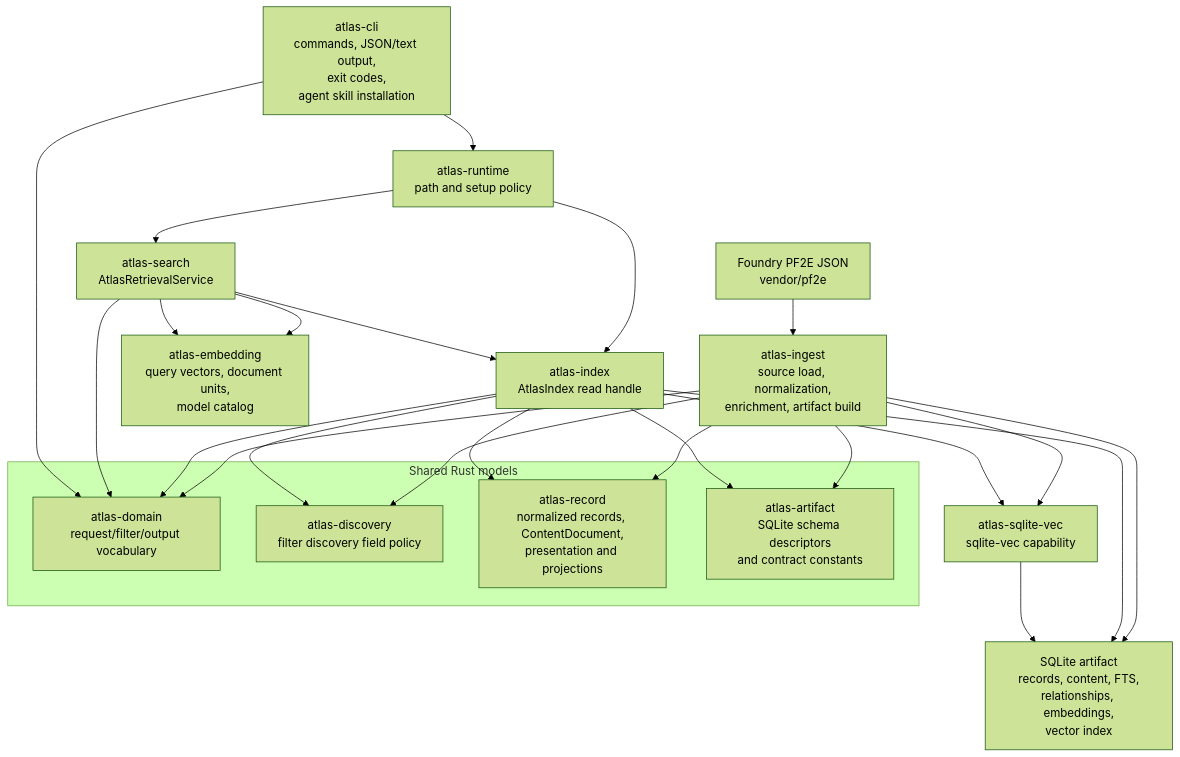
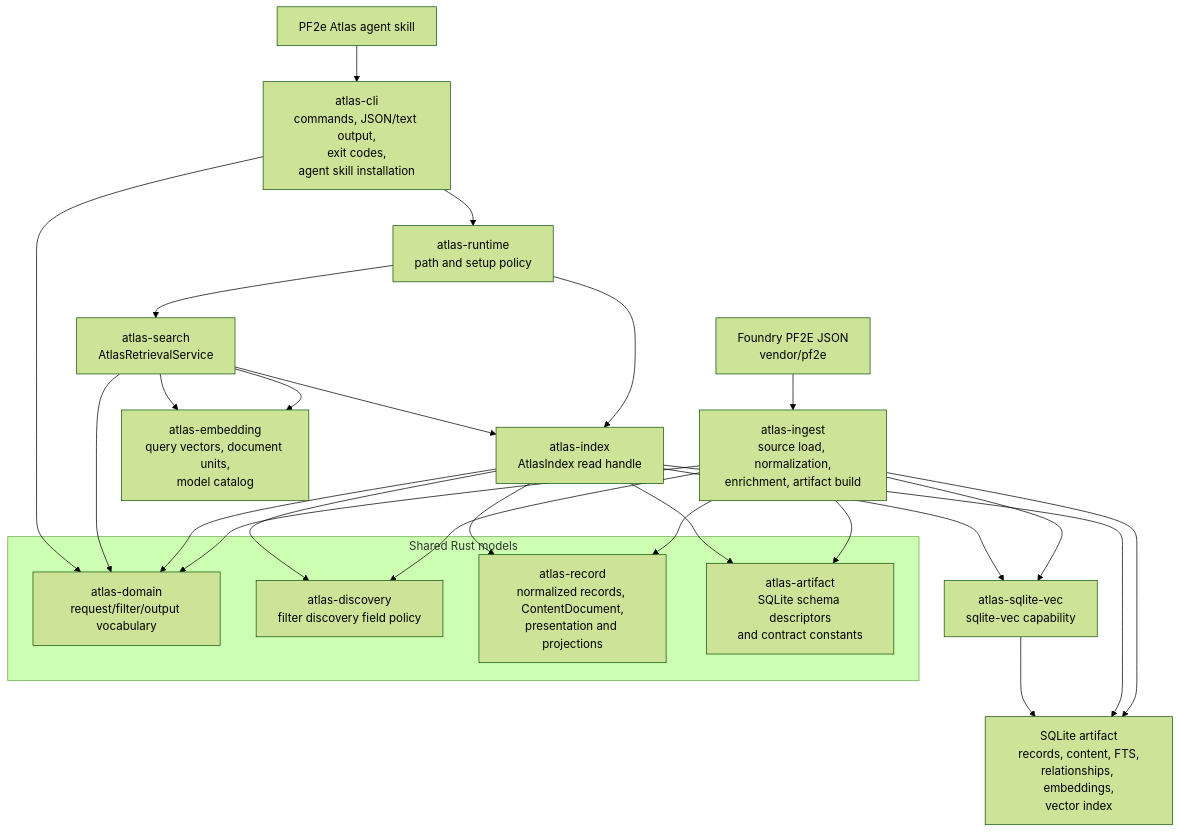
The first of 4 diagrams in docs/architecture/runtime.md (e-kosten/pf2e-atlas), drawn with Mermaid (forest theme) before and after one commit. The commit also changed other lines of this file and 948 other files, not shown here.

````diff
--- a/docs/architecture/runtime.md
+++ b/docs/architecture/runtime.md
@@ -9,35 +9,36 @@
 ```mermaid
 flowchart TD
     source["Foundry PF2E JSON<br/>vendor/pf2e"] --> ingest["atlas-ingest<br/>source load, normalization,<br/>enrichment, artifact build"]
     ingest --> artifact["SQLite artifact<br/>records, content, FTS,<br/>relationships, embeddings,<br/>vector index"]
 
-    cli["atlas-cli<br/>commands, JSON/text output,<br/>exit codes,<br/>agent skill installation"] --> runtime["atlas-runtime<br/>path and setup policy"]
+    skill["PF2e Atlas agent skill"] --> cli["atlas-cli<br/>commands, JSON/text output,<br/>exit codes,<br/>agent skill installation"]
+    cli --> runtime["atlas-runtime<br/>path and setup policy"]
     runtime --> search["atlas-search<br/>AtlasRetrievalService"]
     runtime --> index["atlas-index<br/>AtlasIndex read handle"]
 
     search --> index
     search --> embedding["atlas-embedding<br/>query vectors, document units,<br/>model catalog"]
     index --> artifact
     ingest --> sqliteVec["atlas-sqlite-vec<br/>sqlite-vec capability"]
     index --> sqliteVec
     sqliteVec --> artifact
 
     subgraph SharedRustModels["Shared Rust models"]
       domain["atlas-domain<br/>request/filter/output vocabulary"]
       discovery["atlas-discovery<br/>filter discovery field policy"]
       record["atlas-record<br/>normalized records, ContentDocument,<br/>presentation and projections"]
       artifactSchema["atlas-artifact<br/>SQLite schema descriptors<br/>and contract constants"]
     end
 
     ingest --> domain
     ingest --> discovery
     ingest --> record
     ingest --> artifactSchema
     index --> domain
     index --> discovery
     index --> record
     index --> artifactSchema
     search --> domain
     search --> embedding
     cli --> domain
 ```
````
